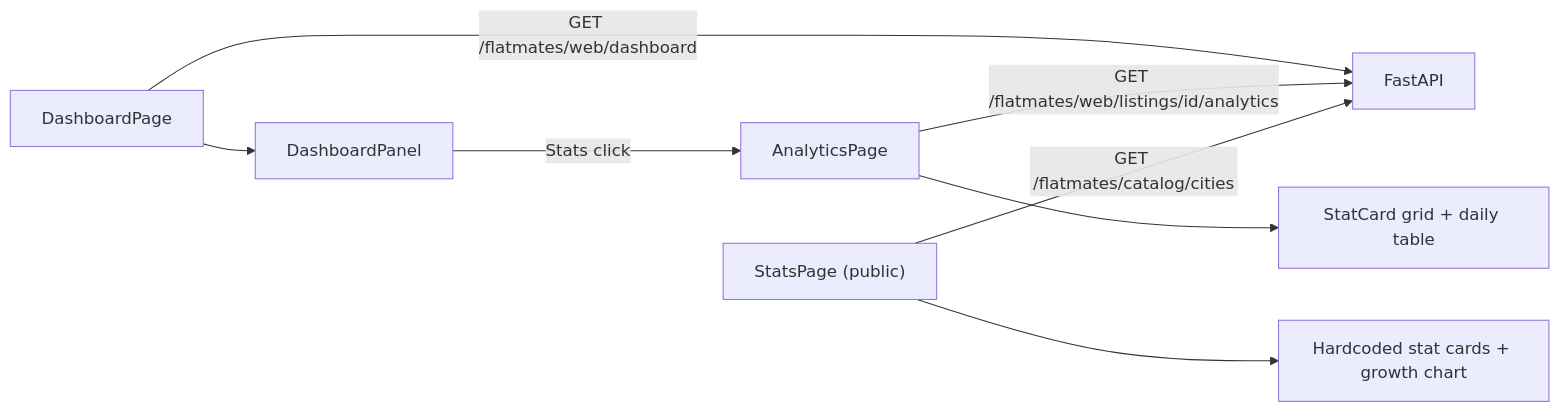
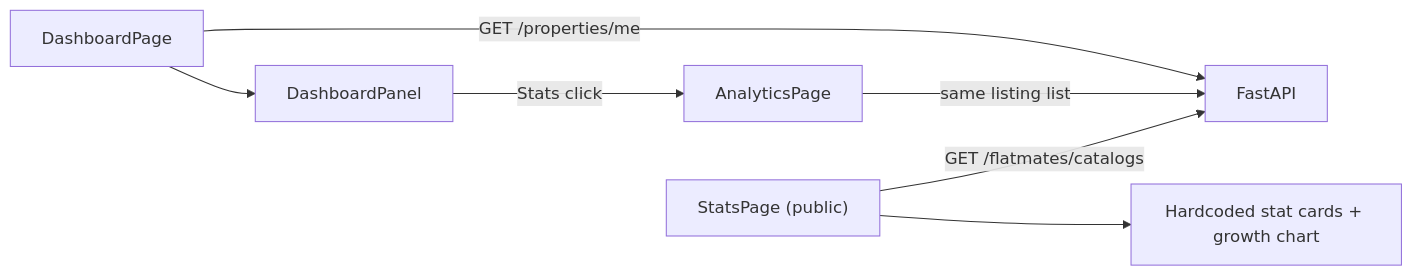
Before and after one commit to 360ghar/360-flatmates-web: the diagram in .wiki/features/dashboard-analytics.md, drawn with Mermaid. The commit also changed other lines of this file and 211 other files, not shown here.

````diff
--- a/.wiki/features/dashboard-analytics.md
+++ b/.wiki/features/dashboard-analytics.md
@@ -114,10 +64,9 @@
 ```mermaid
 graph LR
-    D["DashboardPage"] -->|GET /flatmates/web/dashboard| B1["FastAPI"]
+    D["DashboardPage"] -->|GET /properties/me| B1["FastAPI"]
     D --> DP["DashboardPanel"]
     DP -->|Stats click| A["AnalyticsPage"]
-    A -->|GET /flatmates/web/listings/id/analytics| B1
-    A --> SC["StatCard grid + daily table"]
-    S["StatsPage (public)"] -->|GET /flatmates/catalog/cities| B1
+    A -->|same listing list| B1
+    S["StatsPage (public)"] -->|GET /flatmates/catalogs| B1
     S --> HC["Hardcoded stat cards + growth chart"]
 ```
````
